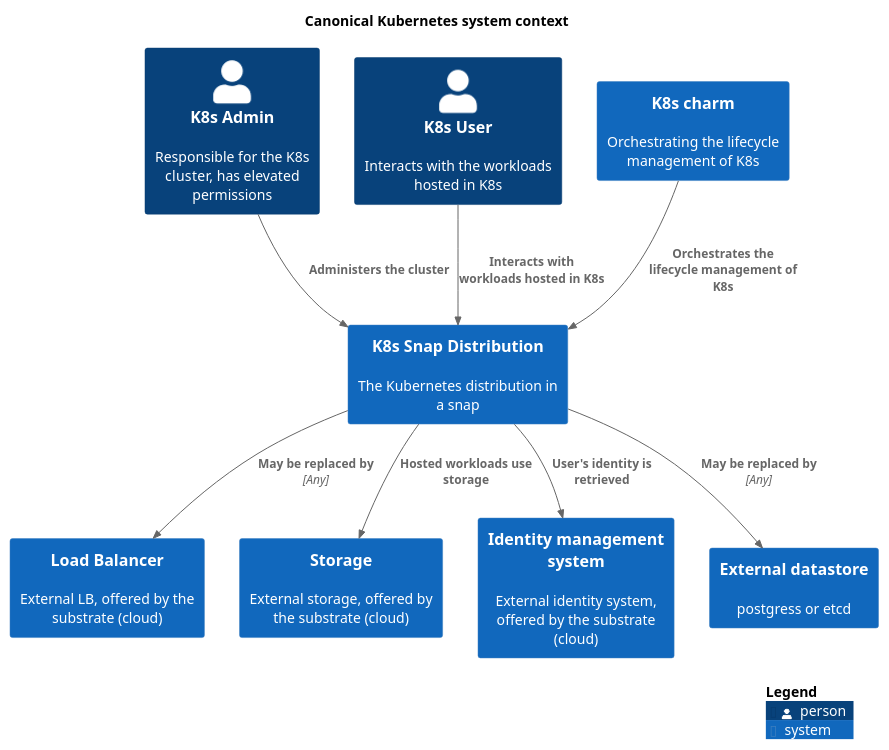
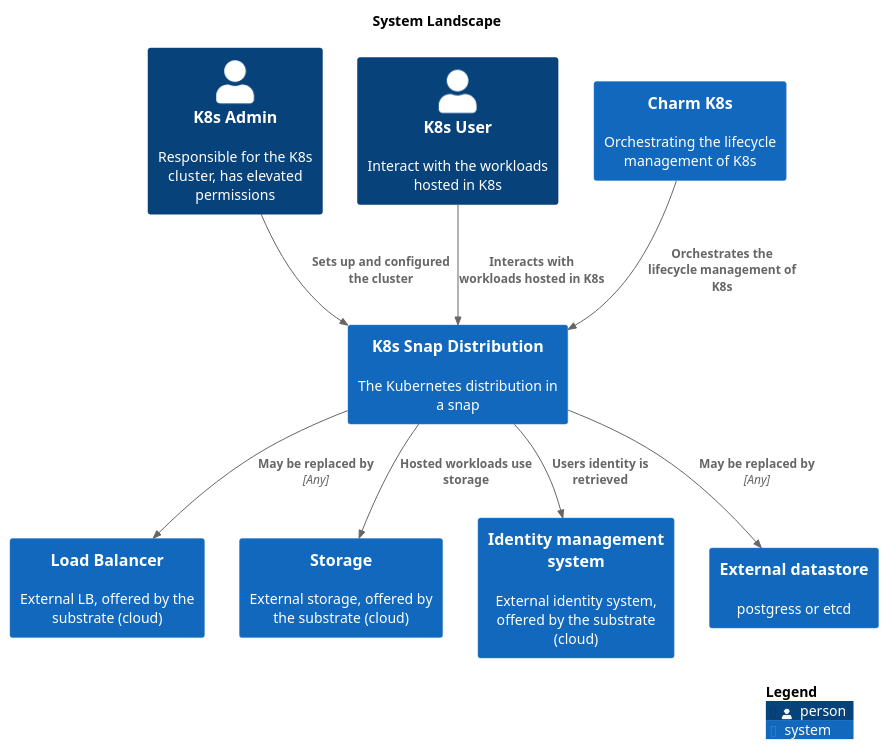
One commit to canonical/k8s-snap changed the diagram in docs/src/assets/overview.puml. Above: the diagram before and after it, drawn with PlantUML. The commit also changed 17 other files, not shown here.

```diff
--- a/docs/src/assets/overview.puml
+++ b/docs/src/assets/overview.puml
@@ -1,28 +1,28 @@
 @startuml
 set separator none
-title Canonical Kubernetes system context
+title System Landscape
 
 top to bottom direction
 
 !include <C4/C4>
 !include <C4/C4_Context>
 
 Person(K8sAdmin, "K8s Admin", $descr="Responsible for the K8s cluster, has elevated permissions", $tags="", $link="")
-Person(K8sUser, "K8s User", $descr="Interacts with the workloads hosted in K8s", $tags="", $link="")
-System(K8scharm, "K8s charm", $descr="Orchestrating the lifecycle management of K8s", $tags="", $link="")
+Person(K8sUser, "K8s User", $descr="Interact with the workloads hosted in K8s", $tags="", $link="")
+System(CharmK8s, "Charm K8s", $descr="Orchestrating the lifecycle management of K8s", $tags="", $link="")
 System(LoadBalancer, "Load Balancer", $descr="External LB, offered by the substrate (cloud)", $tags="", $link="")
 System(Storage, "Storage", $descr="External storage, offered by the substrate (cloud)", $tags="", $link="")
 System(Identitymanagementsystem, "Identity management system", $descr="External identity system, offered by the substrate (cloud)", $tags="", $link="")
 System(Externaldatastore, "External datastore", $descr="postgress or etcd", $tags="", $link="")
 System(K8sSnapDistribution, "K8s Snap Distribution", $descr="The Kubernetes distribution in a snap", $tags="", $link="")
 
-Rel(K8sAdmin, K8sSnapDistribution, "Administers the cluster", $techn="", $tags="", $link="")
+Rel(K8sAdmin, K8sSnapDistribution, "Sets up and configured the cluster", $techn="", $tags="", $link="")
 Rel(K8sUser, K8sSnapDistribution, "Interacts with workloads hosted in K8s", $techn="", $tags="", $link="")
-Rel(K8scharm, K8sSnapDistribution, "Orchestrates the lifecycle management of K8s", $techn="", $tags="", $link="")
+Rel(CharmK8s, K8sSnapDistribution, "Orchestrates the lifecycle management of K8s", $techn="", $tags="", $link="")
 Rel(K8sSnapDistribution, Storage, "Hosted workloads use storage", $techn="", $tags="", $link="")
-Rel(K8sSnapDistribution, Identitymanagementsystem, "User's identity is retrieved", $techn="", $tags="", $link="")
+Rel(K8sSnapDistribution, Identitymanagementsystem, "Users identity is retrieved", $techn="", $tags="", $link="")
 Rel(K8sSnapDistribution, Externaldatastore, "May be replaced by", $techn="Any", $tags="", $link="")
 Rel(K8sSnapDistribution, LoadBalancer, "May be replaced by", $techn="Any", $tags="", $link="")
 
 SHOW_LEGEND(true)
 @enduml
```
